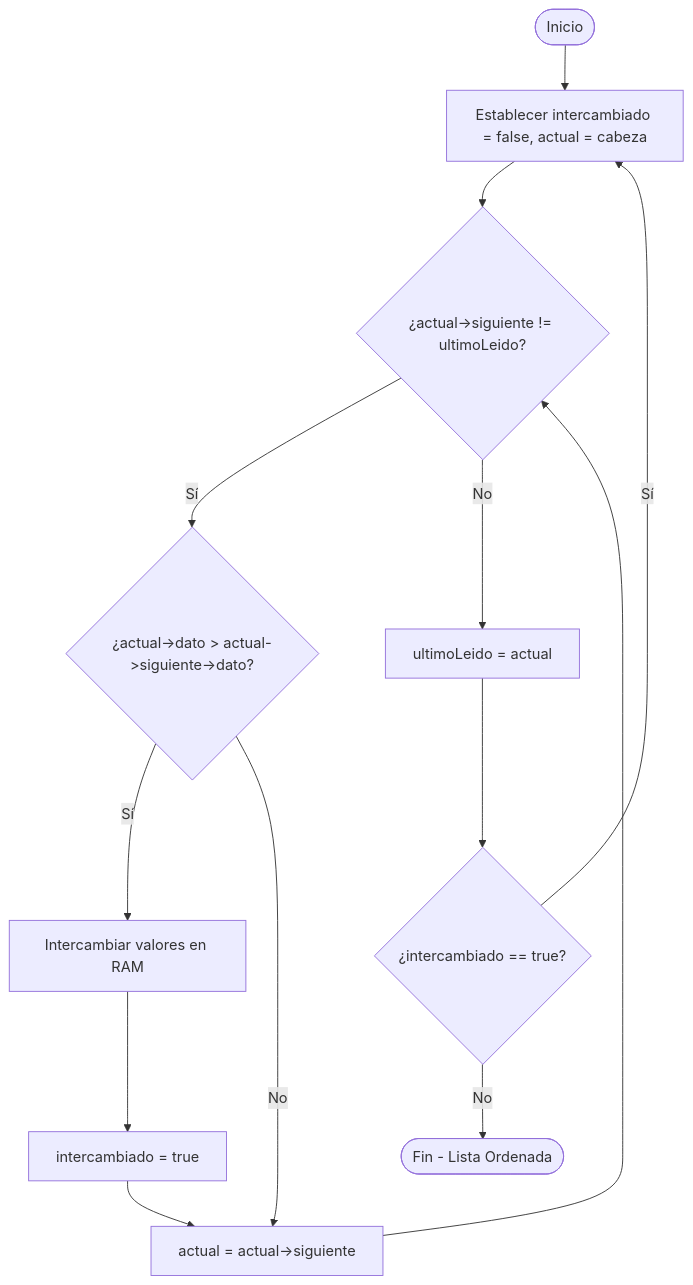
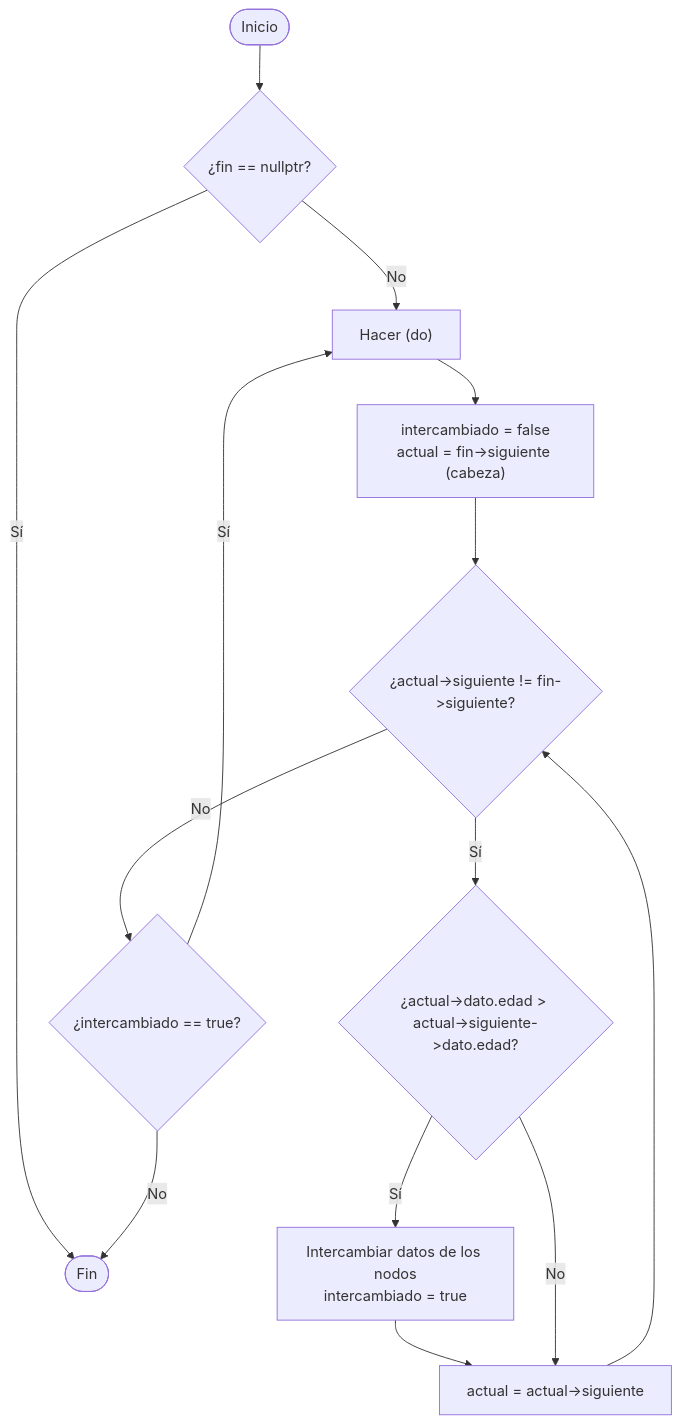
Before and after one commit to wigsdev/gestion_torneos_esports: the second of 4 diagrams in docs/diagramas_flujo.md, drawn with Mermaid. The commit also changed other lines of this file and 1 other file, not shown here.

Commit message:
docs/refactor: alinear diagramas de flujo con implementacion y ordenar algoritmos

````diff
--- a/docs/diagramas_flujo.md
+++ b/docs/diagramas_flujo.md
@@ -27,15 +24,18 @@
 ```mermaid
 flowchart TD
-    Start([Inicio]) --> Init["Establecer intercambiado = false, actual = cabeza"]
-    Init --> Check{"¿actual->siguiente != ultimoLeido?"}
-    Check -- Sí --> Compare{"¿actual->dato > actual->siguiente->dato?"}
-    Compare -- Sí --> Swap["Intercambiar valores en RAM"]
-    Swap --> SetFlag["intercambiado = true"]
-    SetFlag --> Move["actual = actual->siguiente"]
-    Compare -- No --> Move
-    Move --> Check
-    Check -- No --> Last["ultimoLeido = actual"]
-    Last --> Loop{"¿intercambiado == true?"}
-    Loop -- Sí --> Init
-    Loop -- No --> End([Fin - Lista Ordenada])
+    Start([Inicio]) --> CheckEmpty{"¿fin == nullptr?"}
+    CheckEmpty -- Sí --> End([Fin])
+    CheckEmpty -- No --> LoopDo["Hacer (do)"]
+    LoopDo --> Init["intercambiado = false
+actual = fin->siguiente (cabeza)"]
+    Init --> LoopWhile{"¿actual->siguiente != fin->siguiente?"}
+    LoopWhile -- Sí --> Compare{"¿actual->dato.edad > actual->siguiente->dato.edad?"}
+    Compare -- Sí --> Swap["Intercambiar datos de los nodos
+intercambiado = true"]
+    Swap --> Advance["actual = actual->siguiente"]
+    Compare -- No --> Advance
+    Advance --> LoopWhile
+    LoopWhile -- No --> LoopCond{"¿intercambiado == true?"}
+    LoopCond -- Sí --> LoopDo
+    LoopCond -- No --> End
 ```
````
